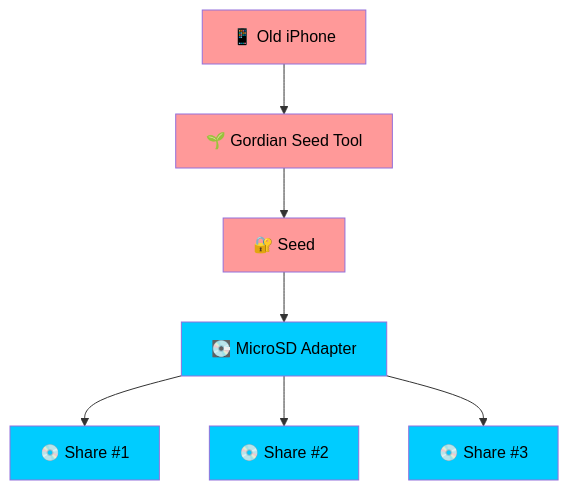
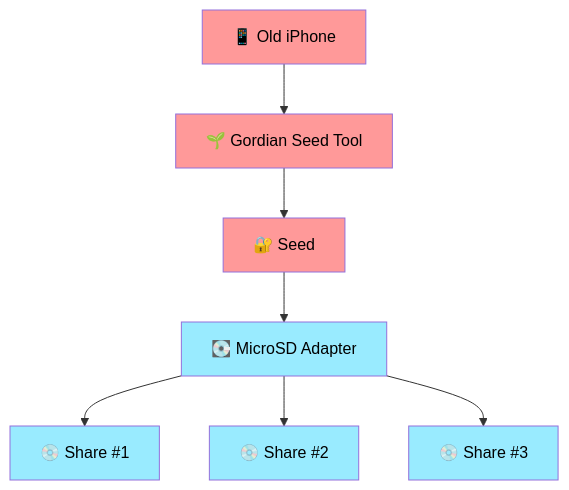
Diagram 11 of 27 in Docs/Scenario-Multisig.md (BlockchainCommons/SmartCustody), drawn with Mermaid before and after one commit. The commit also changed other lines of this file, not shown here.

````diff
--- a/Docs/Scenario-Multisig.md
+++ b/Docs/Scenario-Multisig.md
@@ -402,24 +402,24 @@
 ```mermaid
     graph TD;
     A["📱 Old iPhone"]
     B["🌱 Gordian Seed Tool"]
     C["🔐 Seed"]
     H["💽 MicroSD Adapter"]
     I["💿 Share #1"]
     J["💿 Share #2"]
     K["💿 Share #3"]
     
     A-->B-->C
     C-->H
     H-->I
     H-->J
     H-->K
   
 style A color:#000,fill:#ff9999;
 style B color:#000,fill:#ff9999;
 style C color:#000,fill:#ff9999;
-style H color:#000,fill:#00ccff;
-style I color:#000,fill:#00ccff;
-style J color:#000,fill:#00ccff;
-style K color:#000,fill:#00ccff;
+style H color:#000,fill:#99ebff;
+style I color:#000,fill:#99ebff;
+style J color:#000,fill:#99ebff;
+style K color:#000,fill:#99ebff;
 ```
````
